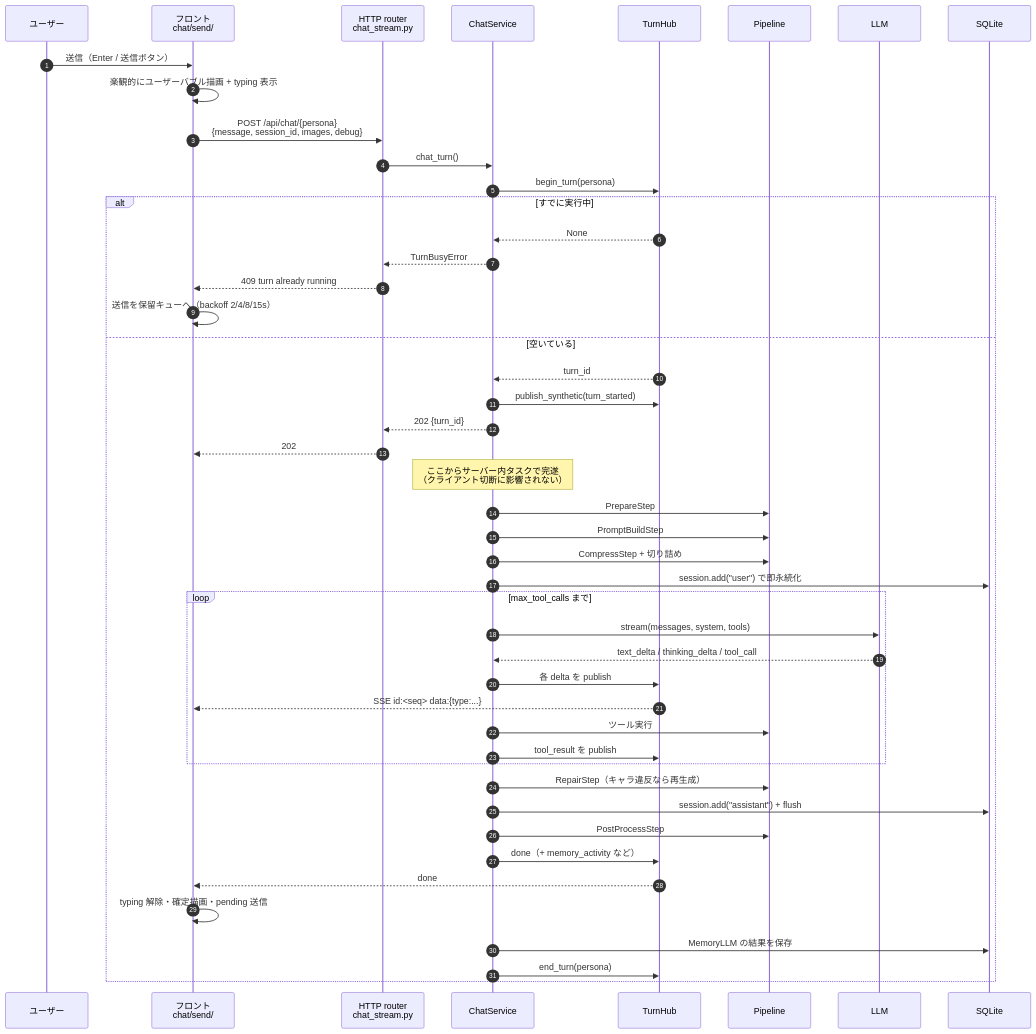
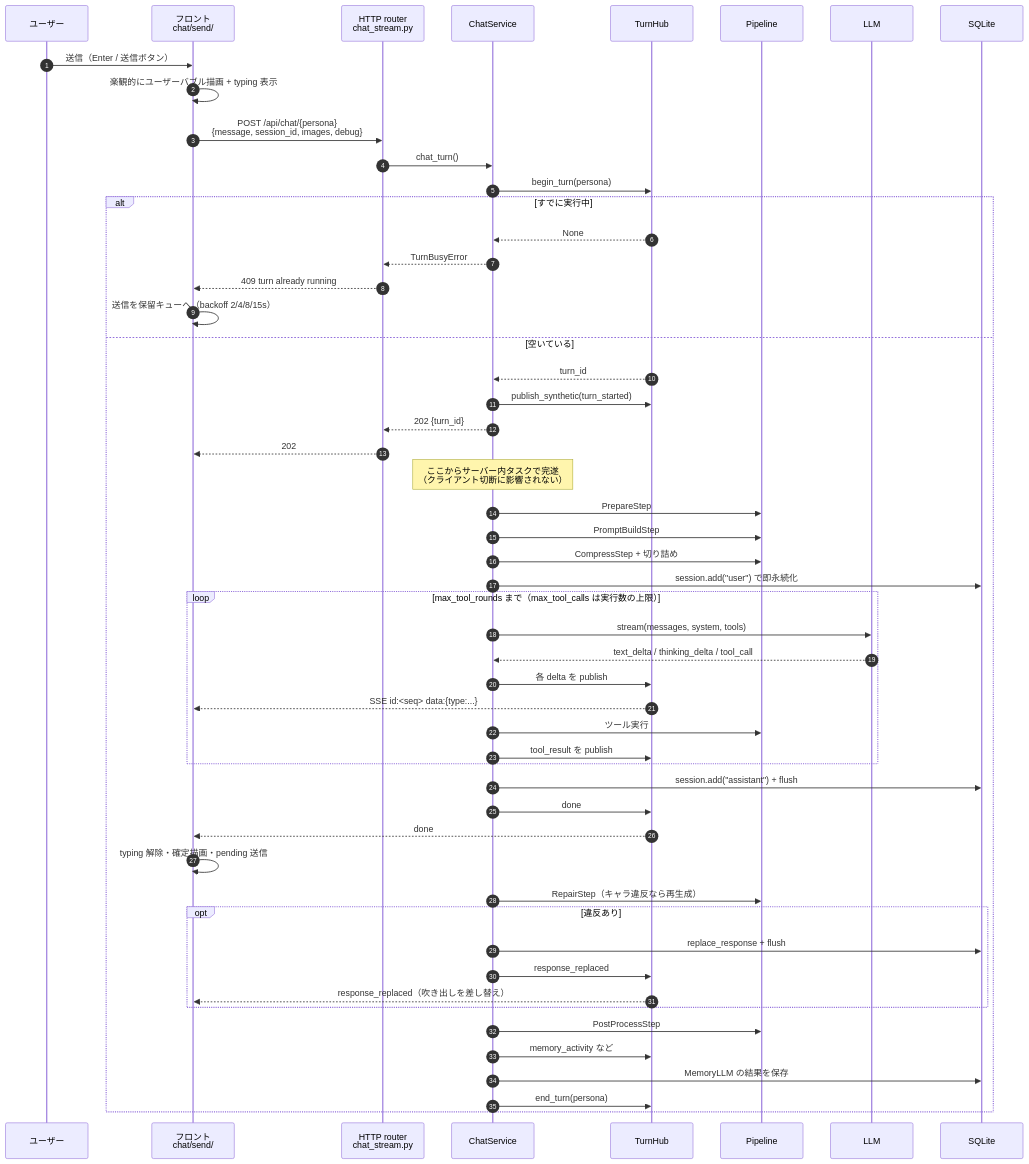
The diagram in docs/chat-flow.md (solidlime/Nous), drawn with Mermaid before and after one commit. The commit also changed other lines of this file and 8 other files, not shown here.

````diff
--- a/docs/chat-flow.md
+++ b/docs/chat-flow.md
@@ -30,50 +30,56 @@
 ```mermaid
 sequenceDiagram
     autonumber
     participant U as ユーザー
     participant F as フロント<br/>chat/send/
     participant R as HTTP router<br/>chat_stream.py
     participant S as ChatService
     participant H as TurnHub
     participant P as Pipeline
     participant L as LLM
     participant D as SQLite
 
     U->>F: 送信（Enter / 送信ボタン）
     F->>F: 楽観的にユーザーバブル描画 + typing 表示
     F->>R: POST /api/chat/{persona}<br/>{message, session_id, images, debug}
     R->>S: chat_turn()
     S->>H: begin_turn(persona)
     alt すでに実行中
         H-->>S: None
         S-->>R: TurnBusyError
         R-->>F: 409 turn already running
         F->>F: 送信を保留キューへ（backoff 2/4/8/15s）
     else 空いている
         H-->>S: turn_id
         S->>H: publish_synthetic(turn_started)
         S-->>R: 202 {turn_id}
         R-->>F: 202
         Note over S: ここからサーバー内タスクで完遂<br/>（クライアント切断に影響されない）
         S->>P: PrepareStep
         S->>P: PromptBuildStep
         S->>P: CompressStep + 切り詰め
         S->>D: session.add("user") で即永続化
-        loop max_tool_calls まで
+        loop max_tool_rounds まで（max_tool_calls は実行数の上限）
             S->>L: stream(messages, system, tools)
             L-->>S: text_delta / thinking_delta / tool_call
             S->>H: 各 delta を publish
             H-->>F: SSE id:<seq> data:{type:...}
             S->>P: ツール実行
             S->>H: tool_result を publish
         end
-        S->>P: RepairStep（キャラ違反なら再生成）
         S->>D: session.add("assistant") + flush
-        S->>P: PostProcessStep
-        S->>H: done（+ memory_activity など）
+        S->>H: done
         H-->>F: done
         F->>F: typing 解除・確定描画・pending 送信
+        S->>P: RepairStep（キャラ違反なら再生成）
+        opt 違反あり
+            S->>D: replace_response + flush
+            S->>H: response_replaced
+            H-->>F: response_replaced（吹き出しを差し替え）
+        end
+        S->>P: PostProcessStep
+        S->>H: memory_activity など
         S->>D: MemoryLLM の結果を保存
         S->>H: end_turn(persona)
     end
 ```
````
